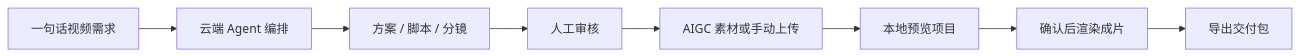
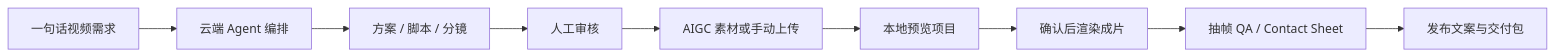
The diagram in README.md (SUSTechWLA/lingxi-ai-operation-system), drawn with Mermaid before and after one commit. The commit also changed other lines of this file and 26 other files, not shown here.

````diff
--- a/README.md
+++ b/README.md
@@ -82,10 +92,11 @@
 ```mermaid
 flowchart LR
   A["一句话视频需求"] --> B["云端 Agent 编排"]
   B --> C["方案 / 脚本 / 分镜"]
   C --> D["人工审核"]
   D --> E["AIGC 素材或手动上传"]
   E --> F["本地预览项目"]
   F --> G["确认后渲染成片"]
-  G --> H["导出交付包"]
+  G --> H["抽帧 QA / Contact Sheet"]
+  H --> I["发布文案与交付包"]
 ```
````
